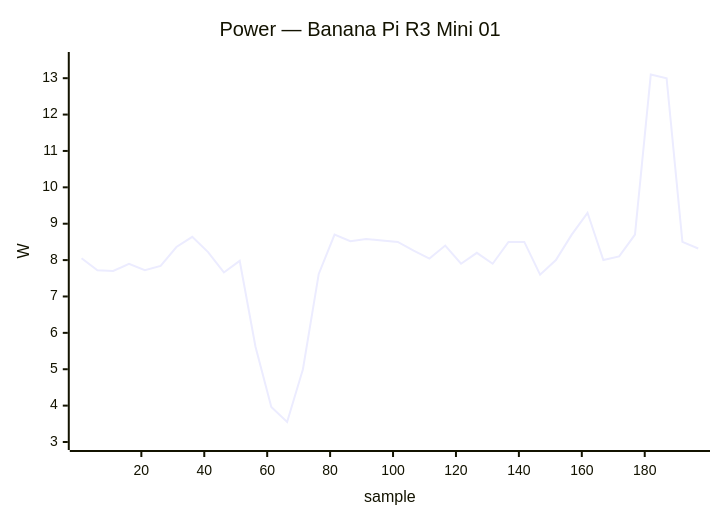
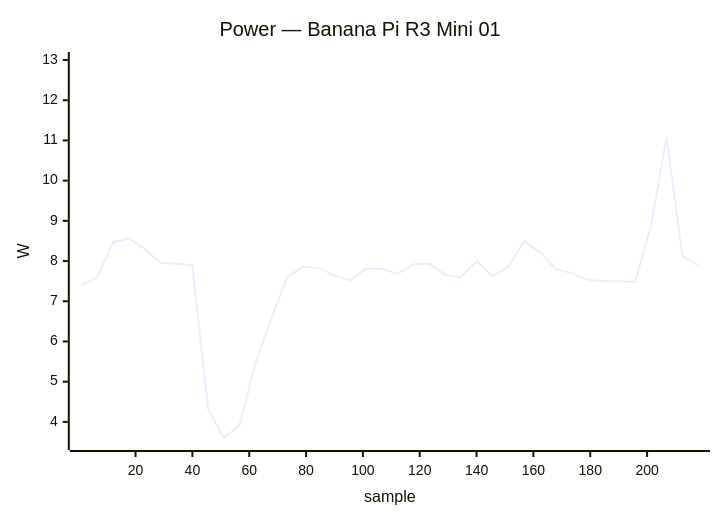
Diagram 12 of 41 in docs/status/board-tests.md (armbian/documentation), drawn with Mermaid before and after one commit. The commit also changed other lines of this file, not shown here.

````diff
--- a/docs/status/board-tests.md
+++ b/docs/status/board-tests.md
@@ -370,7 +450,7 @@
 ```mermaid
 xychart-beta
     title "Power — Banana Pi R3 Mini 01"
-    x-axis "sample" 1 --> 197
-    y-axis "W" 3.0 --> 13.5
-    line [8.05, 7.72, 7.70, 7.90, 7.72, 7.84, 8.36, 8.64, 8.22, 7.66, 7.98, 5.62, 3.96, 3.55, 5.00, 7.62, 8.70, 8.52, 8.58, 8.54, 8.50, 8.26, 8.04, 8.40, 7.90, 8.20, 7.90, 8.50, 8.50, 7.60, 8.00, 8.70, 9.30, 8.00, 8.10, 8.70, 13.10, 13.00, 8.50, 8.32]
+    x-axis "sample" 1 --> 218
+    y-axis "W" 3.5 --> 13.0
+    line [7.40, 7.60, 8.47, 8.56, 8.30, 7.96, 7.93, 7.90, 4.32, 3.60, 3.92, 5.47, 6.56, 7.60, 7.86, 7.83, 7.64, 7.52, 7.82, 7.80, 7.68, 7.92, 7.93, 7.66, 7.60, 8.00, 7.62, 7.86, 8.50, 8.22, 7.80, 7.70, 7.54, 7.50, 7.50, 7.48, 8.86, 11.07, 8.12, 7.90]
 ```
````
